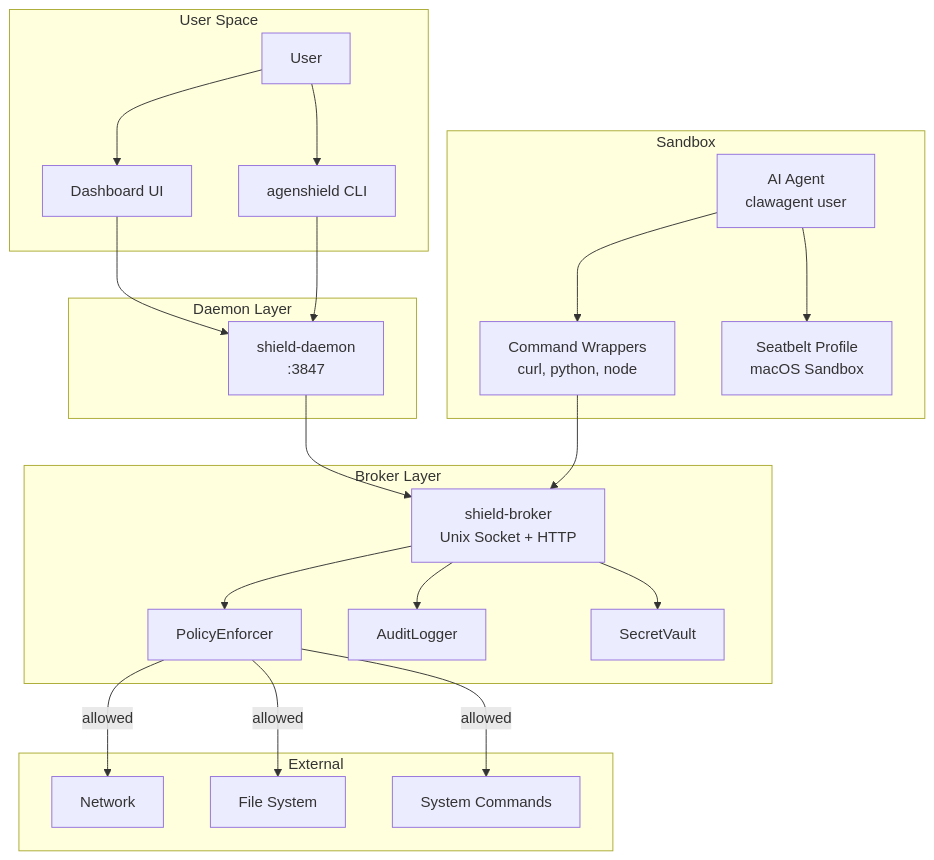
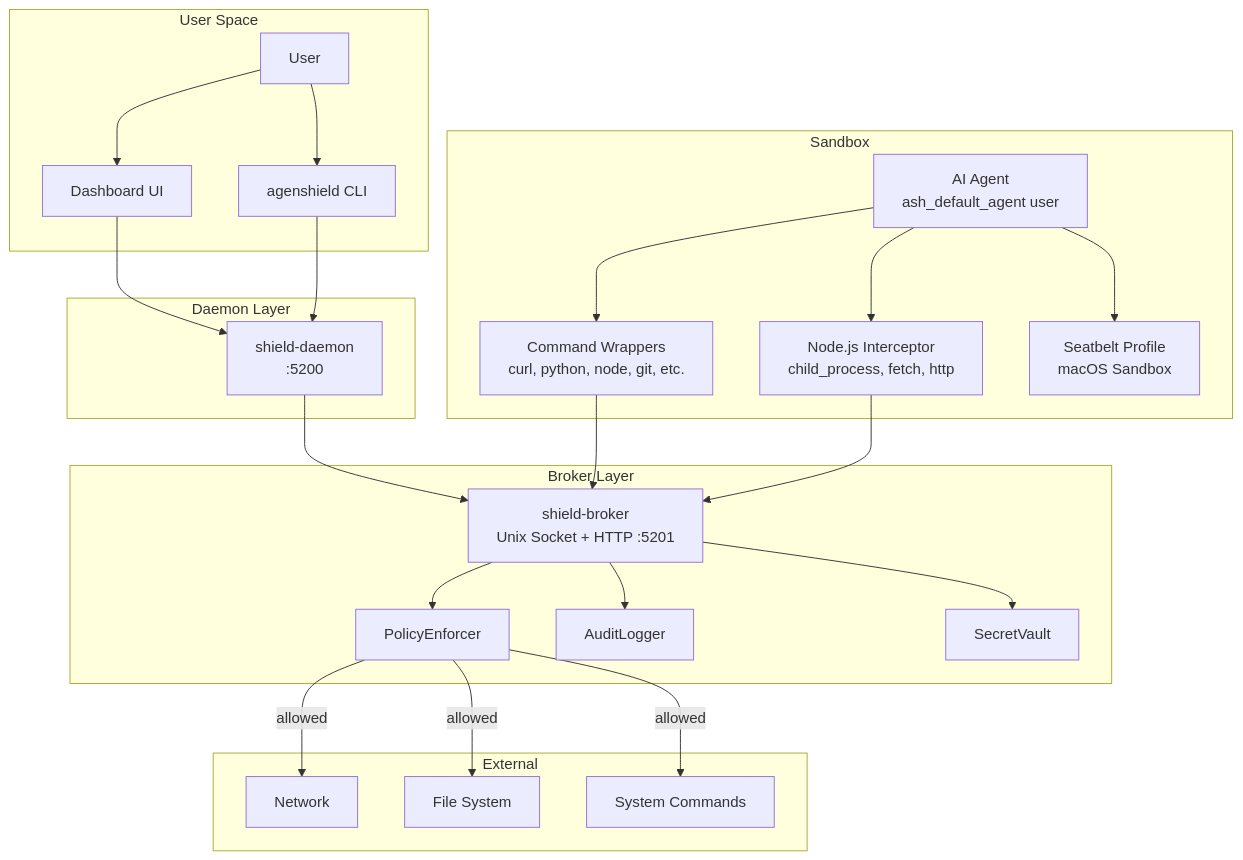
One commit to agen-co/agenshield changed the first of 13 diagrams in ARCHITECTURE.md. Above: the diagram before and after it, drawn with Mermaid. The commit also changed other lines of this file and 89 other files, not shown here.

````diff
--- a/ARCHITECTURE.md
+++ b/ARCHITECTURE.md
@@ -21,49 +23,52 @@
 ```mermaid
 graph TB
     subgraph "User Space"
         User[User]
         CLI[agenshield CLI]
         UI[Dashboard UI]
     end
 
     subgraph "Daemon Layer"
-        Daemon[shield-daemon<br/>:3847]
+        Daemon[shield-daemon<br/>:5200]
     end
 
     subgraph "Broker Layer"
-        Broker[shield-broker<br/>Unix Socket + HTTP]
+        Broker[shield-broker<br/>Unix Socket + HTTP :5201]
         Policy[PolicyEnforcer]
         Audit[AuditLogger]
         Vault[SecretVault]
     end
 
     subgraph "Sandbox"
-        Agent[AI Agent<br/>clawagent user]
-        Wrappers[Command Wrappers<br/>curl, python, node]
+        Agent[AI Agent<br/>ash_default_agent user]
+        Wrappers[Command Wrappers<br/>curl, python, node, git, etc.]
+        Interceptor[Node.js Interceptor<br/>child_process, fetch, http]
         Seatbelt[Seatbelt Profile<br/>macOS Sandbox]
     end
 
     subgraph "External"
         Network[Network]
         FS[File System]
         Exec[System Commands]
     end
 
     User --> CLI
     User --> UI
     UI --> Daemon
     CLI --> Daemon
 
     Daemon --> Broker
     Agent --> Wrappers
+    Agent --> Interceptor
     Wrappers --> Broker
+    Interceptor --> Broker
     Agent --> Seatbelt
 
     Broker --> Policy
     Broker --> Audit
     Broker --> Vault
 
     Policy -->|allowed| Network
     Policy -->|allowed| FS
     Policy -->|allowed| Exec
 ```
````
